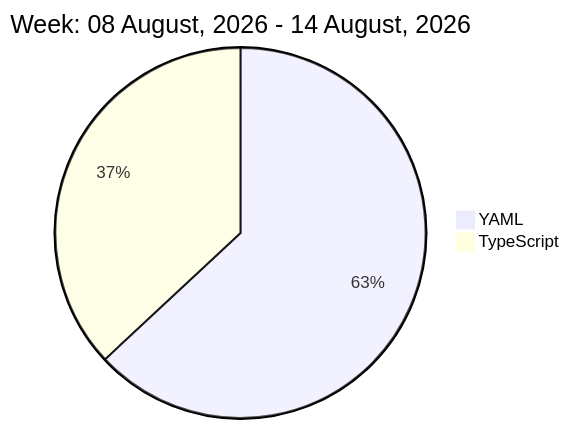
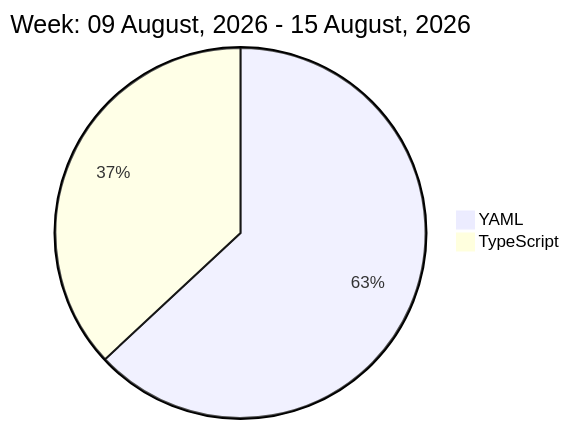
Before and after one commit to liubin95/liubin95: the diagram in README.md, drawn with Mermaid.

Commit message:
Updated the Graph with new Metrics

````diff
--- a/README.md
+++ b/README.md
@@ -32,6 +32,6 @@
 ```mermaid
  pie
-title Week: 08 August, 2026 - 14 August, 2026
+title Week: 09 August, 2026 - 15 August, 2026
  "YAML" : 3.55
  "TypeScript" : 2.08
 ```
````
